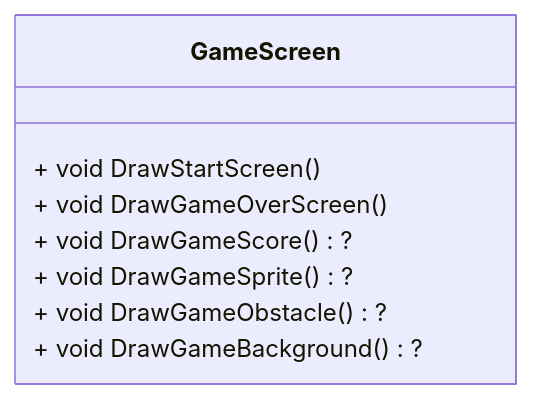
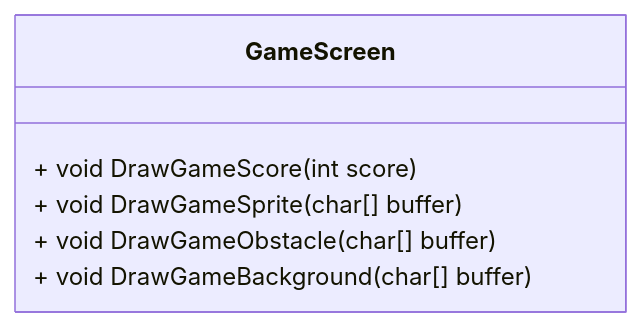
The eighth of 9 diagrams in dokumentasjon/diagram/klasse-diagram.md (NexusWeave/MVP-FlappyBird-cs), drawn with Mermaid before and after one commit. The commit also changed other lines of this file, not shown here.

Commit message:
Refactor klasse-diagram.md to update GameScreen and StateScreen methods, remove Background class, and streamline method signatures

````diff
--- a/dokumentasjon/diagram/klasse-diagram.md
+++ b/dokumentasjon/diagram/klasse-diagram.md
@@ -101,16 +87,11 @@
 ```mermaid
     classDiagram
         direction TD
 
         class GameScreen {
-            + void DrawStartScreen()
-            + void DrawGameOverScreen()
-
-            %% Suggestions
-            + void DrawGameScore()?
-            + void DrawGameSprite()? 
-            + void DrawGameObstacle()?
-            + void DrawGameBackground()? 
-            
+            + void DrawGameScore(int score)
+            + void DrawGameSprite(char[] buffer)
+            + void DrawGameObstacle(char[] buffer)
+            + void DrawGameBackground(char[] buffer) 
         }
 ```
````
